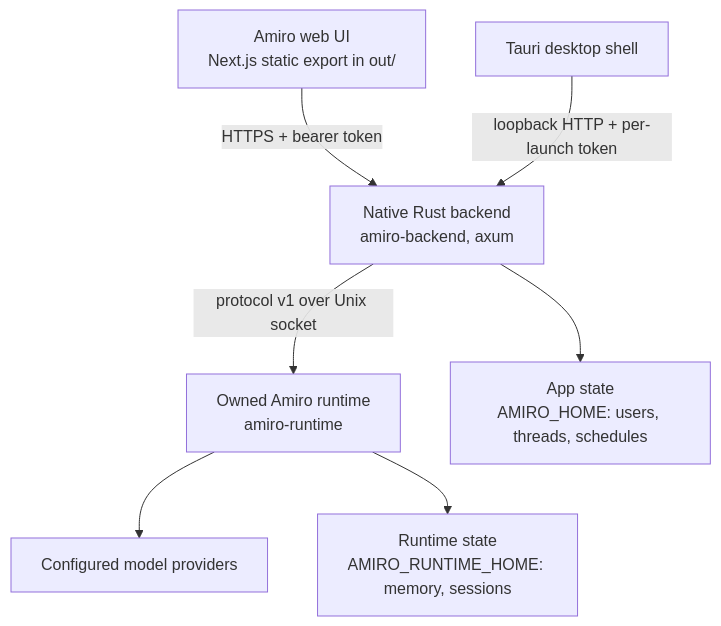
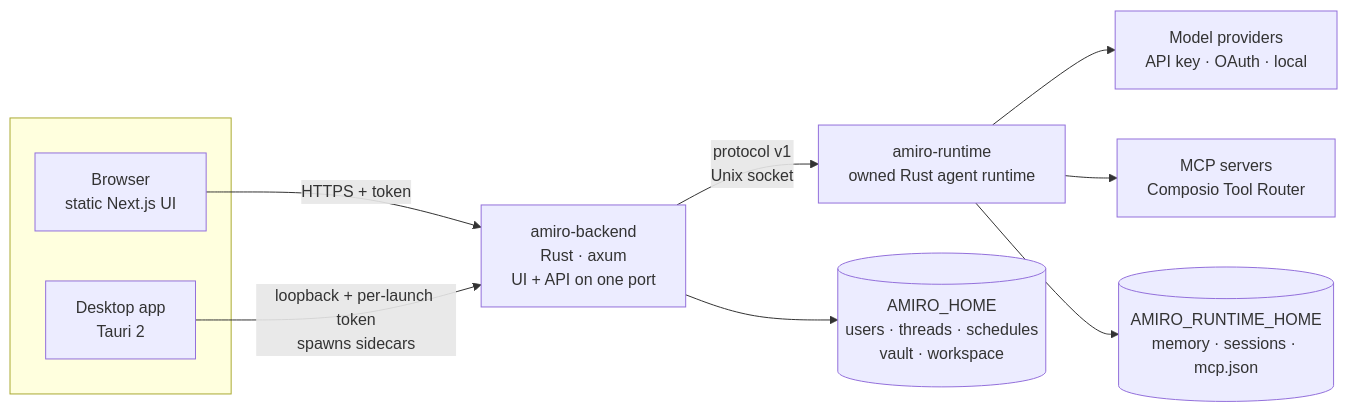
Before and after one commit to vallabha717/Amiro: the diagram in README.md, drawn with Mermaid. The commit also changed other lines of this file and 17 other files, not shown here.

````diff
--- a/README.md
+++ b/README.md
@@ -170,9 +392,14 @@
 ```mermaid
-flowchart TD
-    U[Amiro web UI<br/>Next.js static export in out/] -->|HTTPS + bearer token| B[Native Rust backend<br/>amiro-backend, axum]
-    D[Tauri desktop shell] -->|loopback HTTP + per-launch token| B
-    B -->|protocol v1 over Unix socket| R[Owned Amiro runtime<br/>amiro-runtime]
-    R --> P[Configured model providers]
-    B --> H[App state<br/>AMIRO_HOME: users, threads, schedules]
-    R --> RH[Runtime state<br/>AMIRO_RUNTIME_HOME: memory, sessions]
+flowchart LR
+    subgraph clients[" "]
+      W[Browser<br/>static Next.js UI]
+      D[Desktop app<br/>Tauri 2]
+    end
+    W -->|HTTPS + token| B
+    D -->|loopback + per-launch token<br/>spawns sidecars| B
+    B[amiro-backend<br/>Rust · axum<br/>UI + API on one port] -->|protocol v1<br/>Unix socket| R[amiro-runtime<br/>owned Rust agent runtime]
+    R --> P[Model providers<br/>API key · OAuth · local]
+    R --> M[MCP servers<br/>Composio Tool Router]
+    B --> H[(AMIRO_HOME<br/>users · threads · schedules<br/>vault · workspace)]
+    R --> RH[(AMIRO_RUNTIME_HOME<br/>memory · sessions · mcp.json)]
 ```
````
